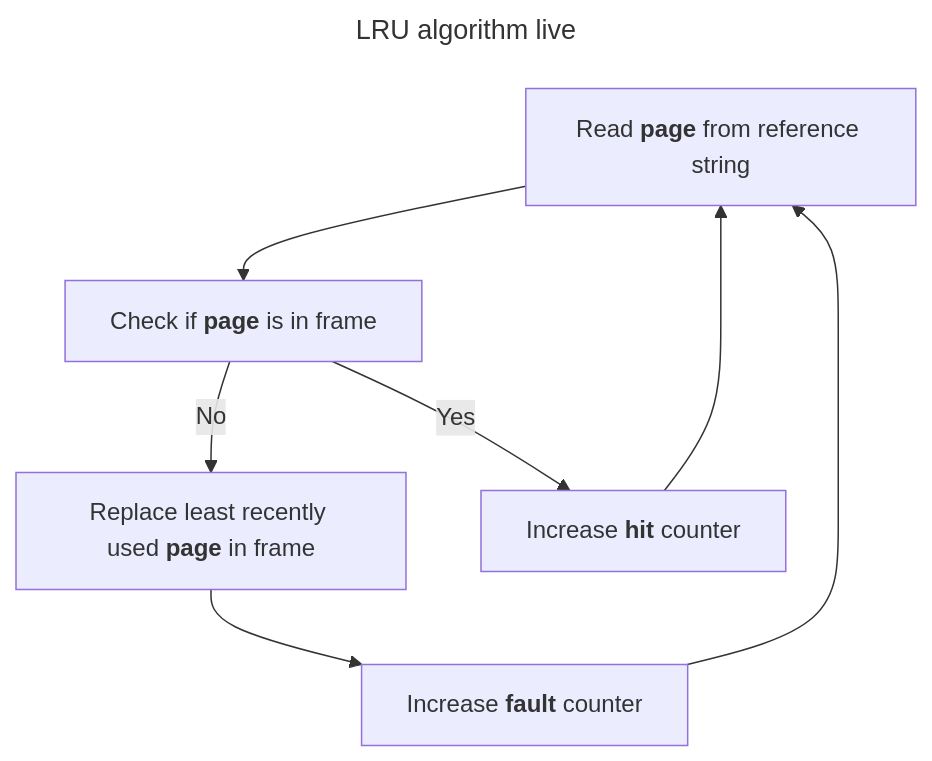
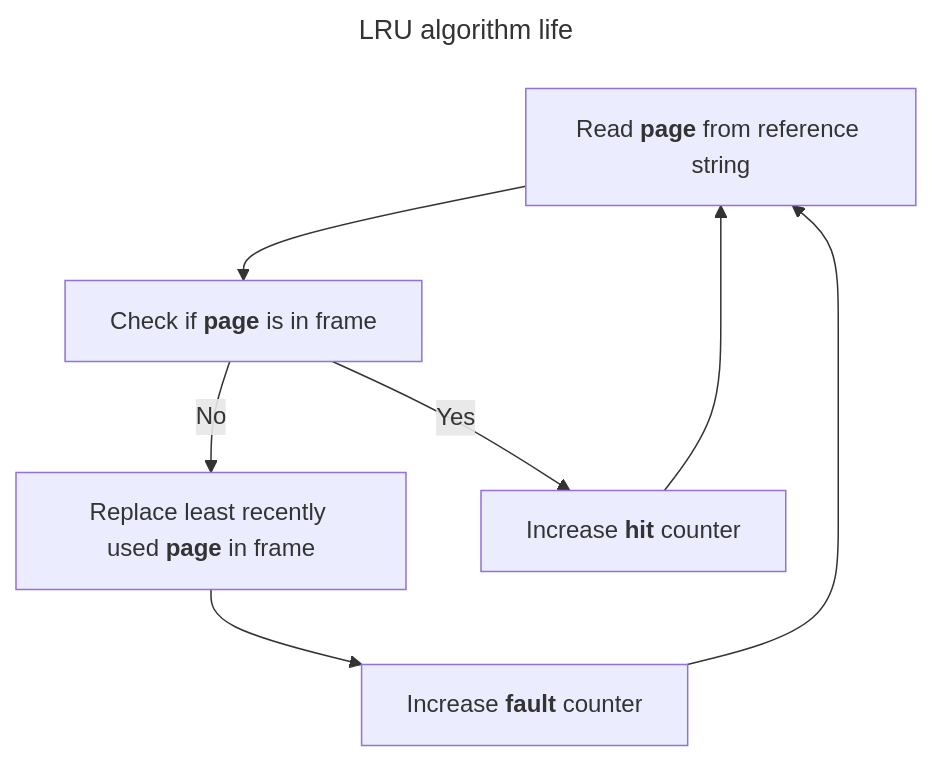
Before and after one commit to MainSkown/ProcessSimulation: the fourth of 4 diagrams in README.md, drawn with Mermaid. The commit also changed other lines of this file, not shown here.

````diff
--- a/README.md
+++ b/README.md
@@ -131,13 +131,13 @@
 ```mermaid
 ---
-title: LRU algorithm live
+title: LRU algorithm life
 ---
 flowchart TB
     read["`Read **page** from reference string`"]
     check["`Check if **page** is in frame`"]
     replace["`Replace least recently used **page** in frame`"]
     hit["`Increase **hit** counter`"]
     fault["`Increase **fault** counter`"]
     read --> check -->|Yes| hit --> read
     check -->|No| replace --> fault --> read
 ```
````
